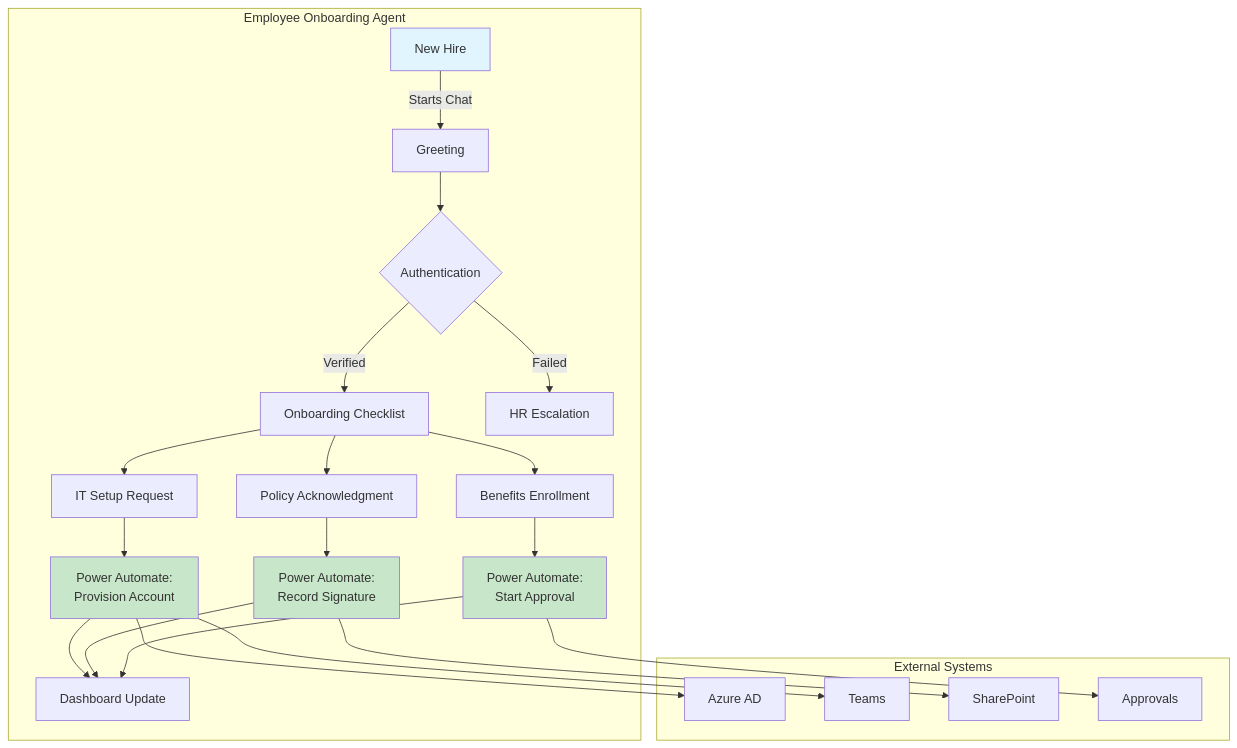
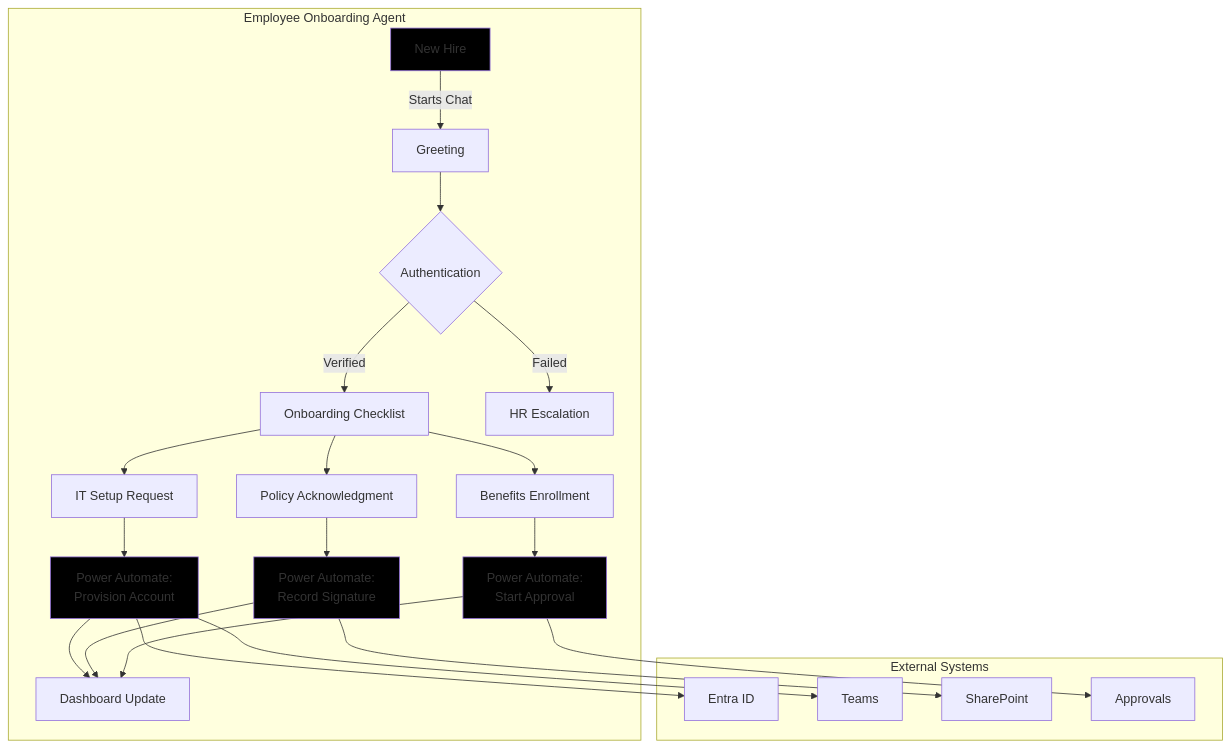
One commit to timothywarner-org/agents-pro changed the first of 2 diagrams in copilot-studio-agents/employee-onboarding-agent/README.md. Above: the diagram before and after it, drawn with Mermaid. The commit also changed 6 other files, not shown here.

````diff
--- a/copilot-studio-agents/employee-onboarding-agent/README.md
+++ b/copilot-studio-agents/employee-onboarding-agent/README.md
@@ -11,30 +11,30 @@
 ```mermaid
 flowchart TD
     subgraph "Employee Onboarding Agent"
         U[New Hire] --> |Starts Chat| G[Greeting]
         G --> A{Authentication}
         A --> |Verified| C[Onboarding Checklist]
         A --> |Failed| E[HR Escalation]
         C --> T1[IT Setup Request]
         C --> T2[Policy Acknowledgment]
         C --> T3[Benefits Enrollment]
         T1 --> PA1[Power Automate:<br/>Provision Account]
         T2 --> PA2[Power Automate:<br/>Record Signature]
         T3 --> PA3[Power Automate:<br/>Start Approval]
         PA1 --> D[Dashboard Update]
         PA2 --> D
         PA3 --> D
     end
 
     subgraph "External Systems"
-        PA1 --> AD[Azure AD]
+        PA1 --> AD[Entra ID]
         PA1 --> TM[Teams]
         PA2 --> SP[SharePoint]
         PA3 --> APP[Approvals]
     end
 
-    style U fill:#e1f5fe
-    style PA1 fill:#c8e6c9
-    style PA2 fill:#c8e6c9
-    style PA3 fill:#c8e6c9
+        style U fill:#000000
+        style PA1 fill:#000000
+        style PA2 fill:#000000
+        style PA3 fill:#000000
 ```
````
